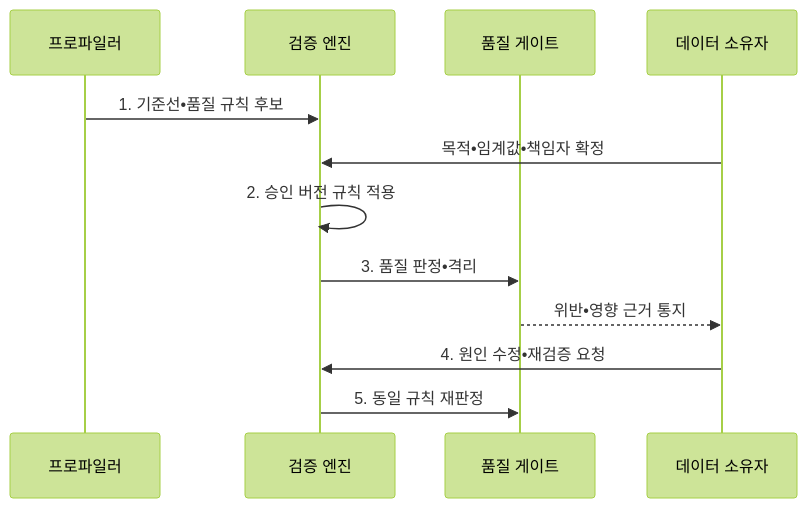
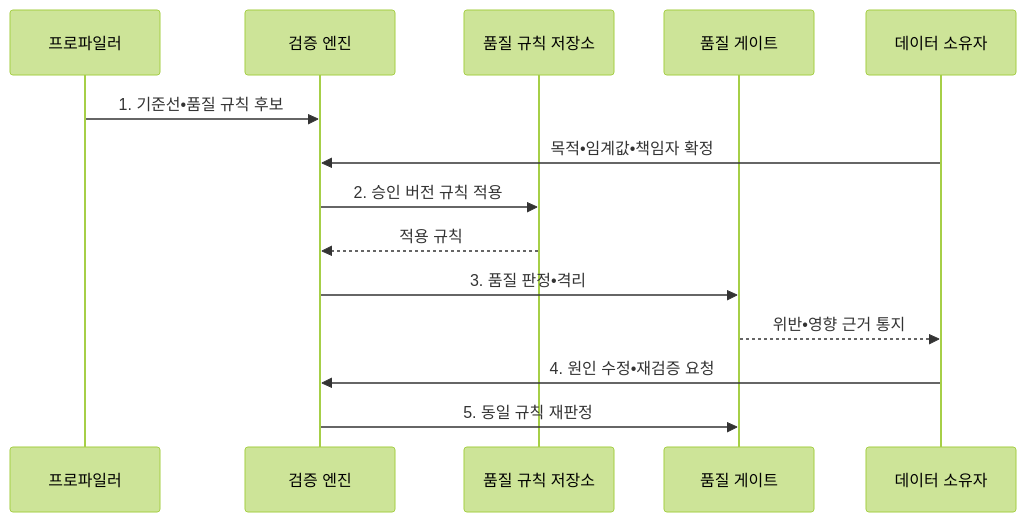
Before and after one commit to agnusdei1207/knowledge-base: the second of 2 diagrams in src/content/docs/notes/03-software/137_data_quality_management.md, drawn with Mermaid (forest theme). The commit also changed other lines of this file and 5 other files, not shown here.

````diff
--- a/src/content/docs/notes/03-software/137_data_quality_management.md
+++ b/src/content/docs/notes/03-software/137_data_quality_management.md
@@ -108,14 +108,16 @@
 ```mermaid
 sequenceDiagram
     participant P as 프로파일러
     participant V as 검증 엔진
+    participant R as 품질 규칙 저장소
     participant G as 품질 게이트
     participant O as 데이터 소유자
     P->>V: 1. 기준선•품질 규칙 후보
     O->>V: 목적•임계값•책임자 확정
-    V->>V: 2. 승인 버전 규칙 적용
+    V->>R: 2. 승인 버전 규칙 적용
+    R-->>V: 적용 규칙
     V->>G: 3. 품질 판정•격리
     G-->>O: 위반•영향 근거 통지
     O->>V: 4. 원인 수정•재검증 요청
     V->>G: 5. 동일 규칙 재판정
 ```
````
